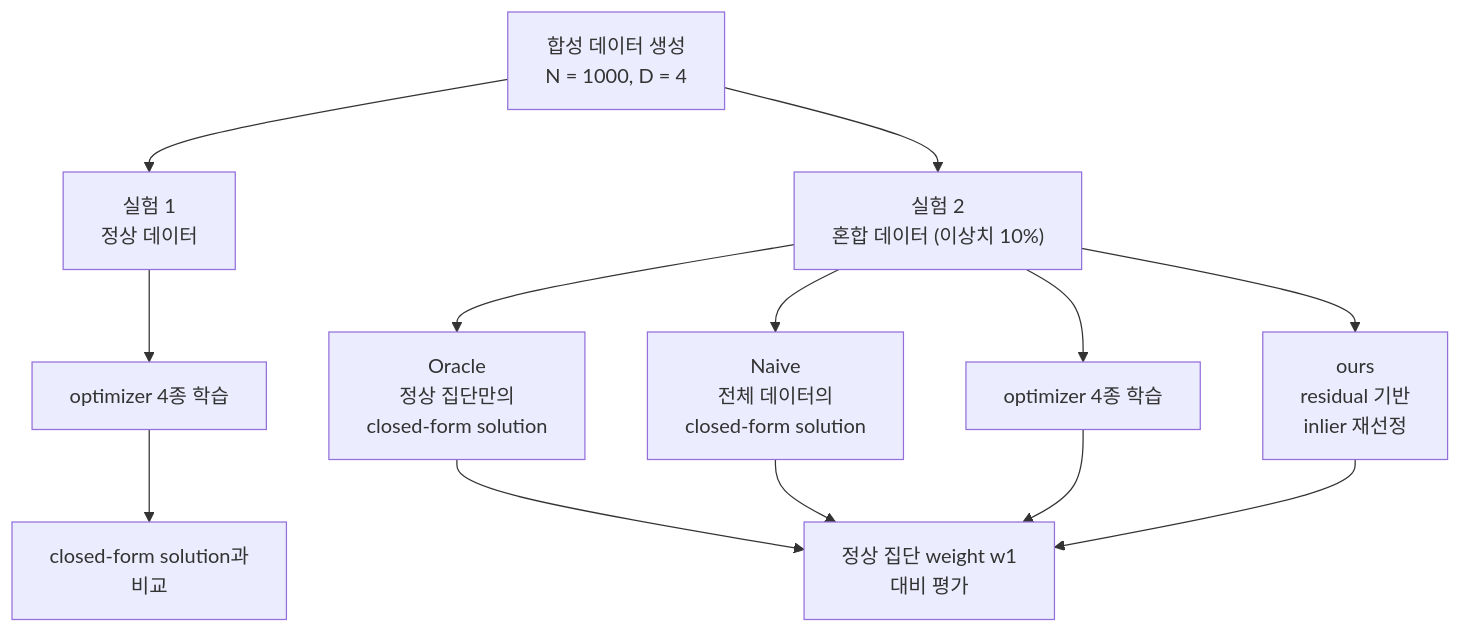
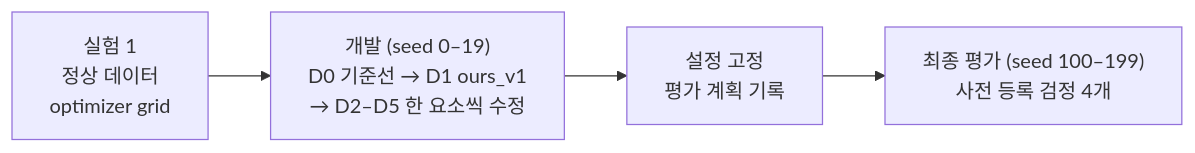
One commit to donghyeoni/outlier-linear-regression changed the first of 2 diagrams in README.md. Above: the diagram before and after it, drawn with Mermaid. The commit also changed other lines of this file and 92 other files, not shown here.

````diff
--- a/README.md
+++ b/README.md
@@ -50,14 +30,6 @@
 ```mermaid
-flowchart TD
-    A["합성 데이터 생성<br/>N = 1000, D = 4"] --> B["실험 1<br/>정상 데이터"]
-    A --> C["실험 2<br/>혼합 데이터 (이상치 10%)"]
-
-    B --> B1["optimizer 4종 학습"]
-    B1 --> B2["closed-form solution과<br/>비교"]
-
-    C --> C1["Oracle<br/>정상 집단만의<br/>closed-form solution"]
-    C --> C2["Naive<br/>전체 데이터의<br/>closed-form solution"]
-    C --> C3["optimizer 4종 학습"]
-    C --> C4["ours<br/>residual 기반<br/>inlier 재선정"]
-    C1 & C2 & C3 & C4 --> C5["정상 집단 weight w1<br/>대비 평가"]
+flowchart LR
+    E1["실험 1<br/>정상 데이터<br/>optimizer grid"] --> D["개발 (seed 0–19)<br/>D0 기준선 → D1 ours_v1<br/>→ D2–D5 한 요소씩 수정"]
+    D --> F["설정 고정<br/>평가 계획 기록"]
+    F --> T["최종 평가 (seed 100–199)<br/>사전 등록 검정 4개"]
 ```
````
